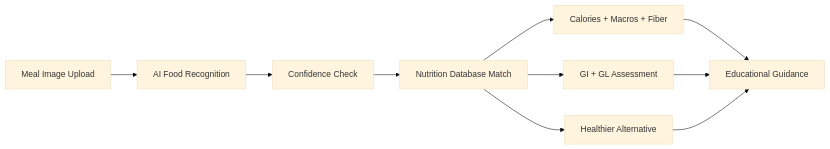
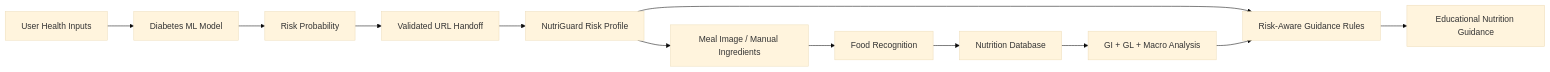
Before and after one commit to kashish-alt0786/NutriGuard-AI: the diagram in README.md, drawn with Mermaid (base theme). The commit also changed other lines of this file, not shown here.

Commit message:
docs: document secure risk handoff and context-aware architecture

````diff
--- a/README.md
+++ b/README.md
@@ -86,12 +16,14 @@
 ```mermaid
 flowchart LR
-    A[Meal Image Upload] --> B[AI Food Recognition]
-    B --> C[Confidence Check]
-    C --> D[Nutrition Database Match]
-    D --> E[Calories + Macros + Fiber]
-    D --> F[GI + GL Assessment]
-    D --> G[Healthier Alternative]
-    E --> H[Educational Guidance]
-    F --> H
-    G --> H
+    A[User Health Inputs] --> B[Diabetes ML Model]
+    B --> C[Risk Probability]
+    C --> D[Validated URL Handoff]
+    D --> E[NutriGuard Risk Profile]
+    E --> F[Meal Image / Manual Ingredients]
+    F --> G[Food Recognition]
+    G --> H[Nutrition Database]
+    H --> I[GI + GL + Macro Analysis]
+    E --> J[Risk-Aware Guidance Rules]
+    I --> J
+    J --> K[Educational Nutrition Guidance]
 ```
````
